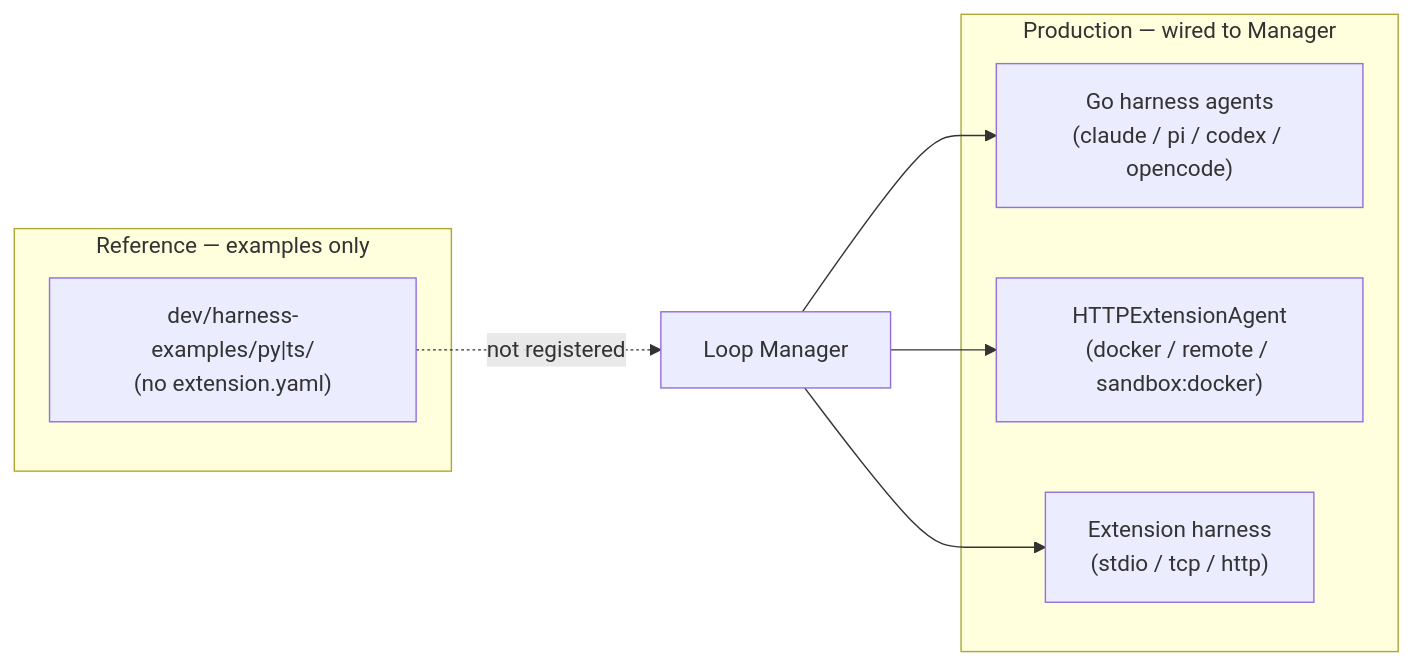
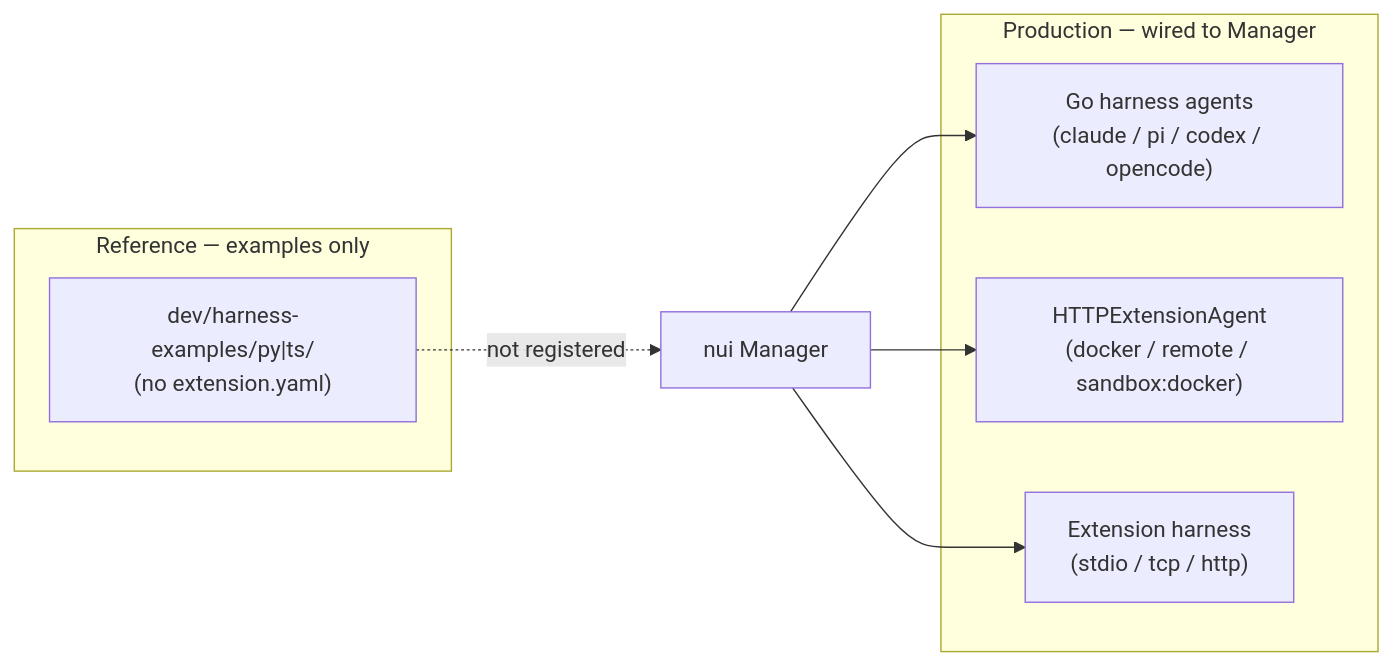
One commit to plmbr/nui changed the diagram in dev/harness-design.md. Above: the diagram before and after it, drawn with Mermaid. The commit also changed other lines of this file and 397 other files, not shown here.

````diff
--- a/dev/harness-design.md
+++ b/dev/harness-design.md
@@ -7,17 +7,17 @@
 ```mermaid
 flowchart LR
   subgraph production [Production — wired to Manager]
     GoHarnesses["Go harness agents\n(claude / pi / codex / opencode)"]
     HTTPExt["HTTPExtensionAgent\n(docker / remote / sandbox:docker)"]
     ExtHarness["Extension harness\n(stdio / tcp / http)"]
   end
 
   subgraph reference [Reference — examples only]
     PyTS["dev/harness-examples/py|ts/\n(no extension.yaml)"]
   end
 
-  Loop[Loop Manager] --> GoHarnesses
-  Loop --> HTTPExt
-  Loop --> ExtHarness
-  PyTS -.->|not registered| Loop
+  nui[nui Manager] --> GoHarnesses
+  nui --> HTTPExt
+  nui --> ExtHarness
+  PyTS -.->|not registered| nui
 ```
````
